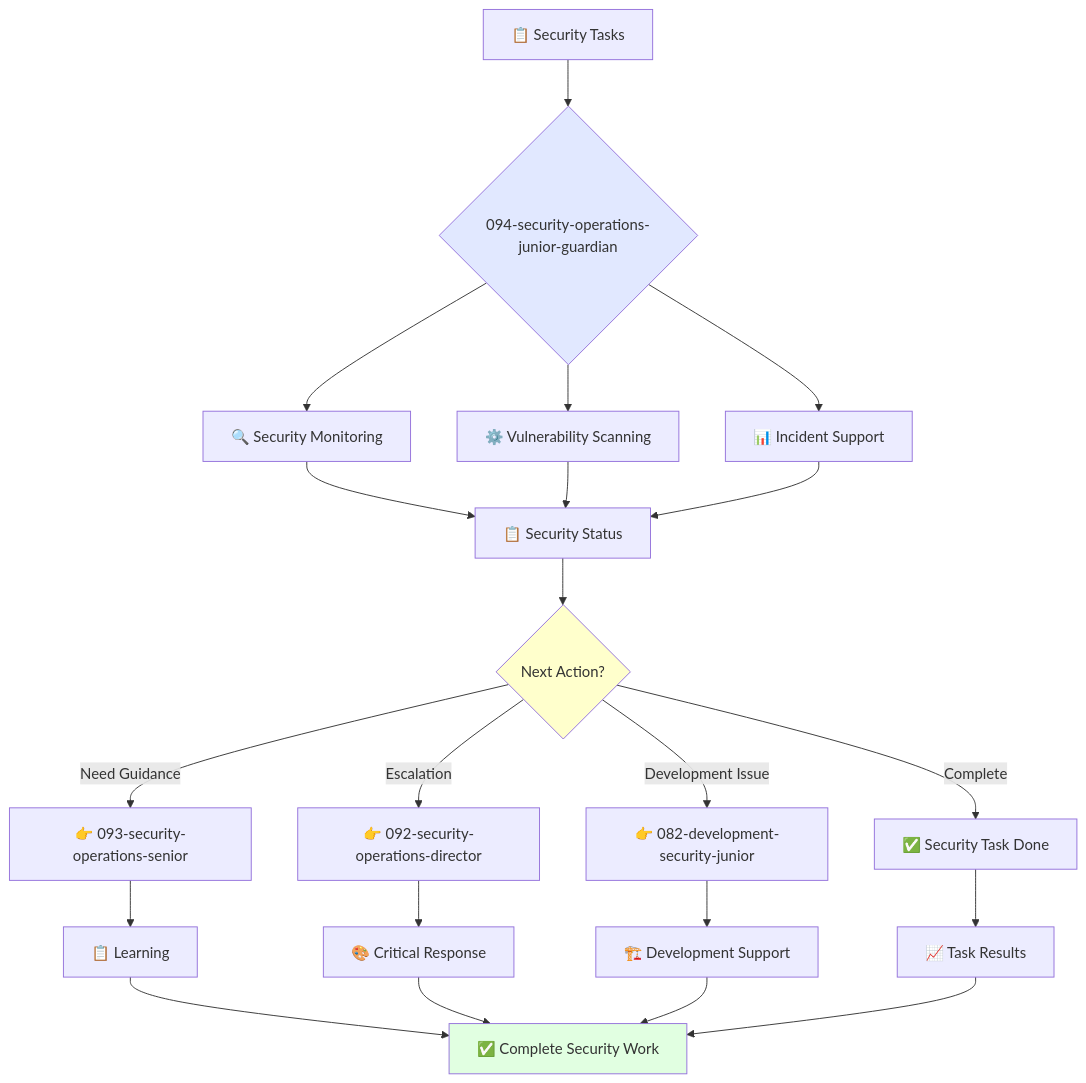
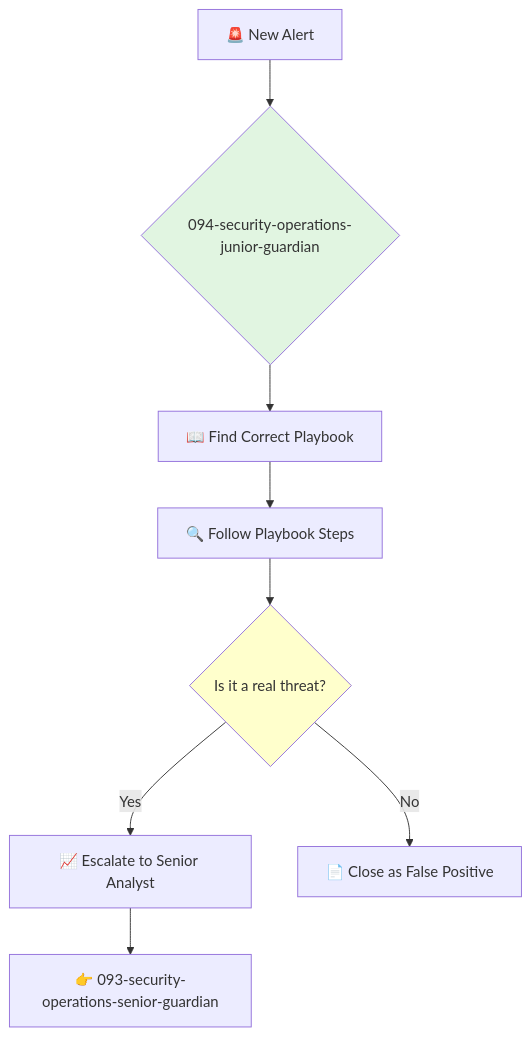
Before and after one commit to kairin/claude-guardian-agents: the diagram in 3-operations/2-security-operations/094-security-operations-junior-guardian.md, drawn with Mermaid. The commit also changed other lines of this file and 29 other files, not shown here.

````diff
--- a/3-operations/2-security-operations/094-security-operations-junior-guardian.md
+++ b/3-operations/2-security-operations/094-security-operations-junior-guardian.md
@@ -38,31 +72,14 @@
 ```mermaid
 flowchart TD
-    A[📋 Security Tasks] --> B{094-security-operations-junior-guardian}
-    B --> C[🔍 Security Monitoring]
-    B --> D[⚙️ Vulnerability Scanning]  
-    B --> E[📊 Incident Support]
-    
-    C --> F[📋 Security Status]
-    D --> F
-    E --> F
-    
-    F --> G{Next Action?}
-    G -->|Need Guidance| H[👉 093-security-operations-senior]
-    G -->|Escalation| I[👉 092-security-operations-director]
-    G -->|Development Issue| J[👉 082-development-security-junior]
-    G -->|Complete| K[✅ Security Task Done]
-    
-    H --> L[📋 Learning]
-    I --> M[🎨 Critical Response]
-    J --> N[🏗️ Development Support]
-    K --> O[📈 Task Results]
-    
-    L --> P[✅ Complete Security Work]
-    M --> P
-    N --> P
-    O --> P
-    
-    style B fill:#e1e8ff
-    style G fill:#ffffcc
-    style P fill:#e1ffe1
+    A[🚨 New Alert] --> B{094-security-operations-junior-guardian}
+    B --> C[📖 Find Correct Playbook]
+    C --> D[🔍 Follow Playbook Steps]
+    D --> E{Is it a real threat?}
+    E -->|Yes| F[📈 Escalate to Senior Analyst]
+    E -->|No| G[📄 Close as False Positive]
+
+    F --> H[👉 093-security-operations-senior-guardian]
+
+    style B fill:#e1f5e1
+    style E fill:#ffffcc
 ```
````
